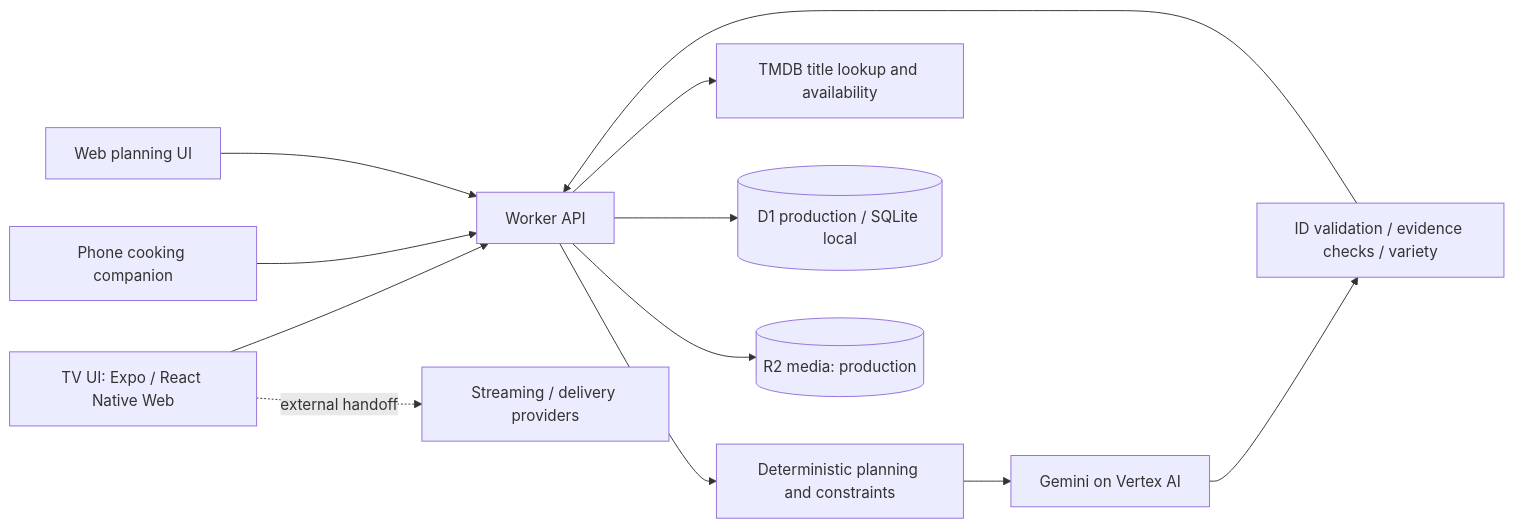
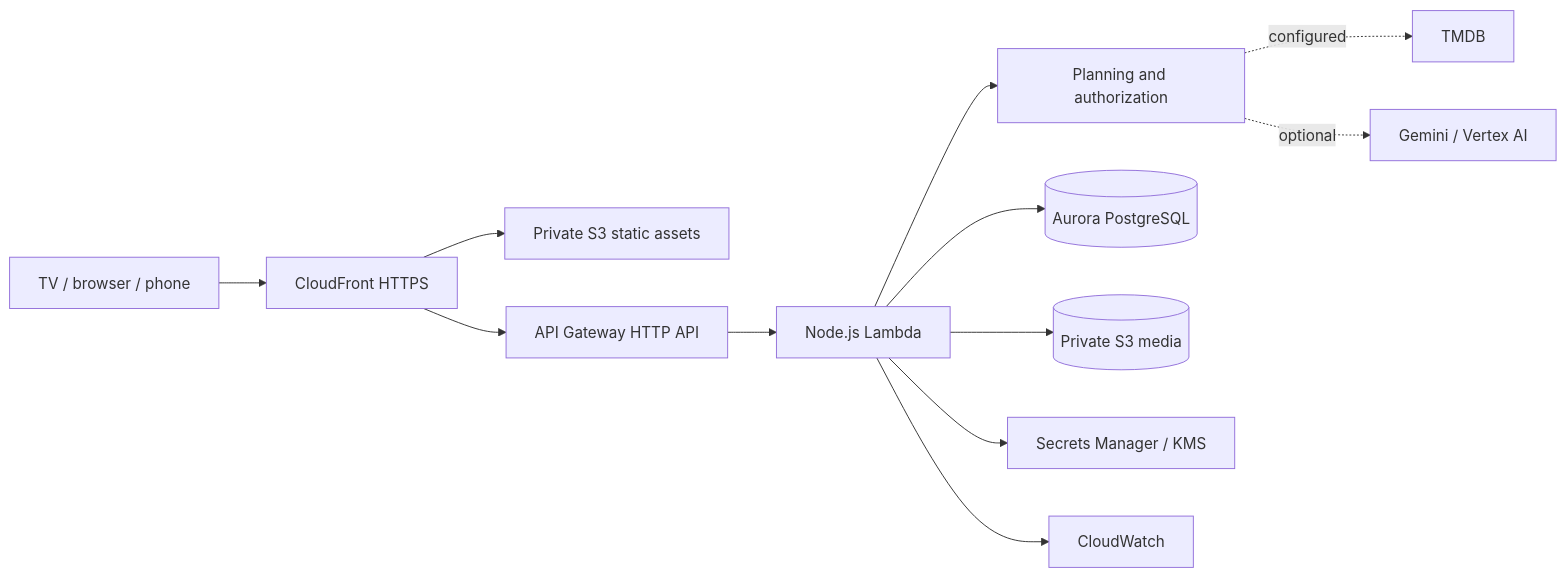
Before and after one commit to sagitta414/crave-frame: the diagram in README.md, drawn with Mermaid. The commit also changed other lines of this file and 2 other files, not shown here.

Commit message:
Refresh project README, architecture diagrams and friction evidence

````diff
--- a/README.md
+++ b/README.md
@@ -63,14 +59,14 @@
-~~~mermaid
+```mermaid
 flowchart LR
-    TV[TV UI: Expo / React Native Web] --> API[Worker API]
-    Phone[Phone cooking companion] --> API
-    Browser[Web planning UI] --> API
-    API --> Rules[Deterministic planning and constraints]
-    Rules --> AI[Gemini on Vertex AI]
-    AI --> Validate[ID validation / evidence checks / variety]
-    Validate --> API
-    API --> TMDB[TMDB title lookup and availability]
-    API --> DB[(D1 production / SQLite local)]
-    API --> R2[(R2 media: production)]
-    TV -. external handoff .-> Providers[Streaming / delivery providers]
-~~~
+  Devices[TV / browser / phone] --> Edge[CloudFront HTTPS]
+  Edge --> Static[Private S3 static assets]
+  Edge --> Gateway[API Gateway HTTP API]
+  Gateway --> Runtime[Node.js Lambda]
+  Runtime --> Logic[Planning and authorization]
+  Runtime --> Data[(Aurora PostgreSQL)]
+  Runtime --> Media[(Private S3 media)]
+  Runtime --> Secrets[Secrets Manager / KMS]
+  Runtime --> Logs[CloudWatch]
+  Logic -. configured .-> Titles[TMDB]
+  Logic -. optional .-> AI[Gemini / Vertex AI]
+```
````
